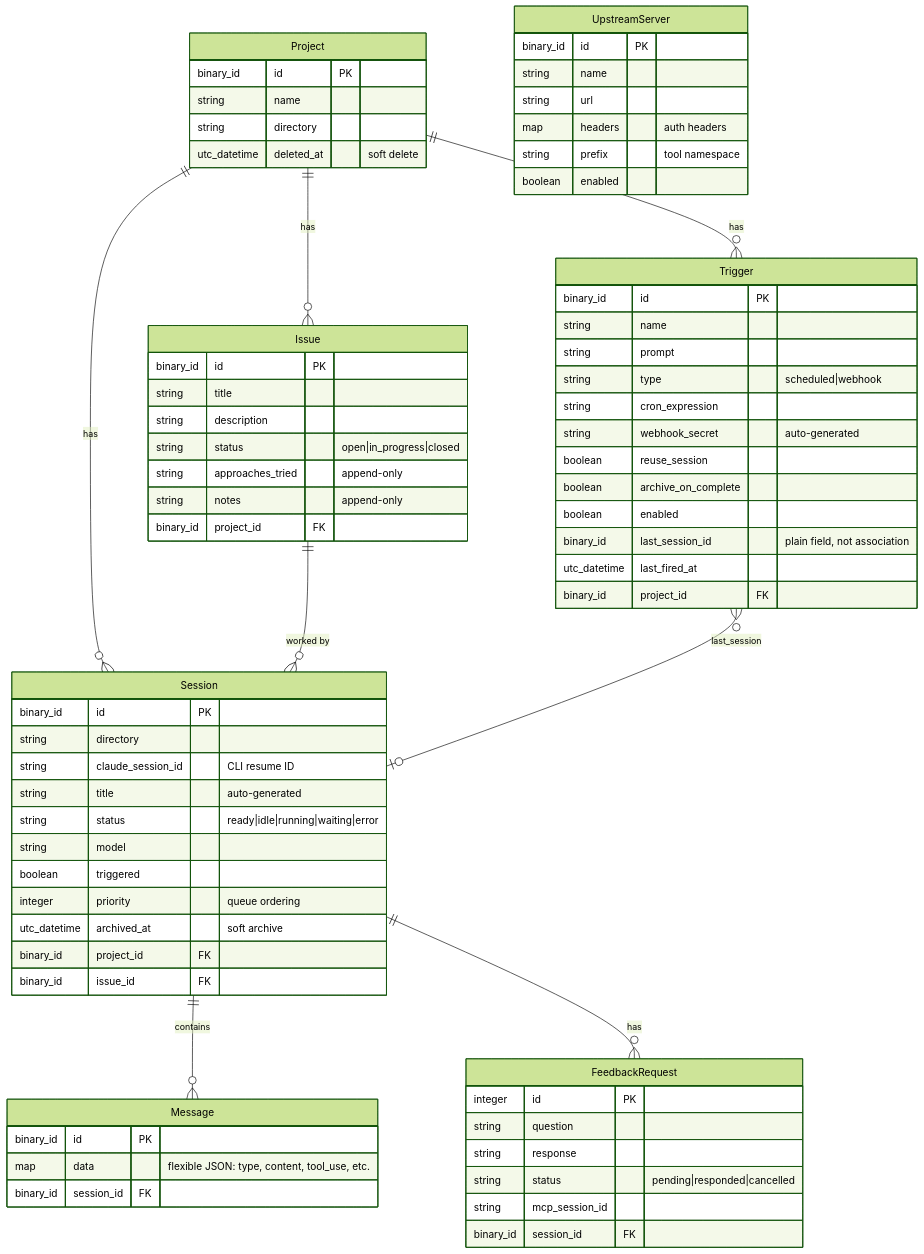
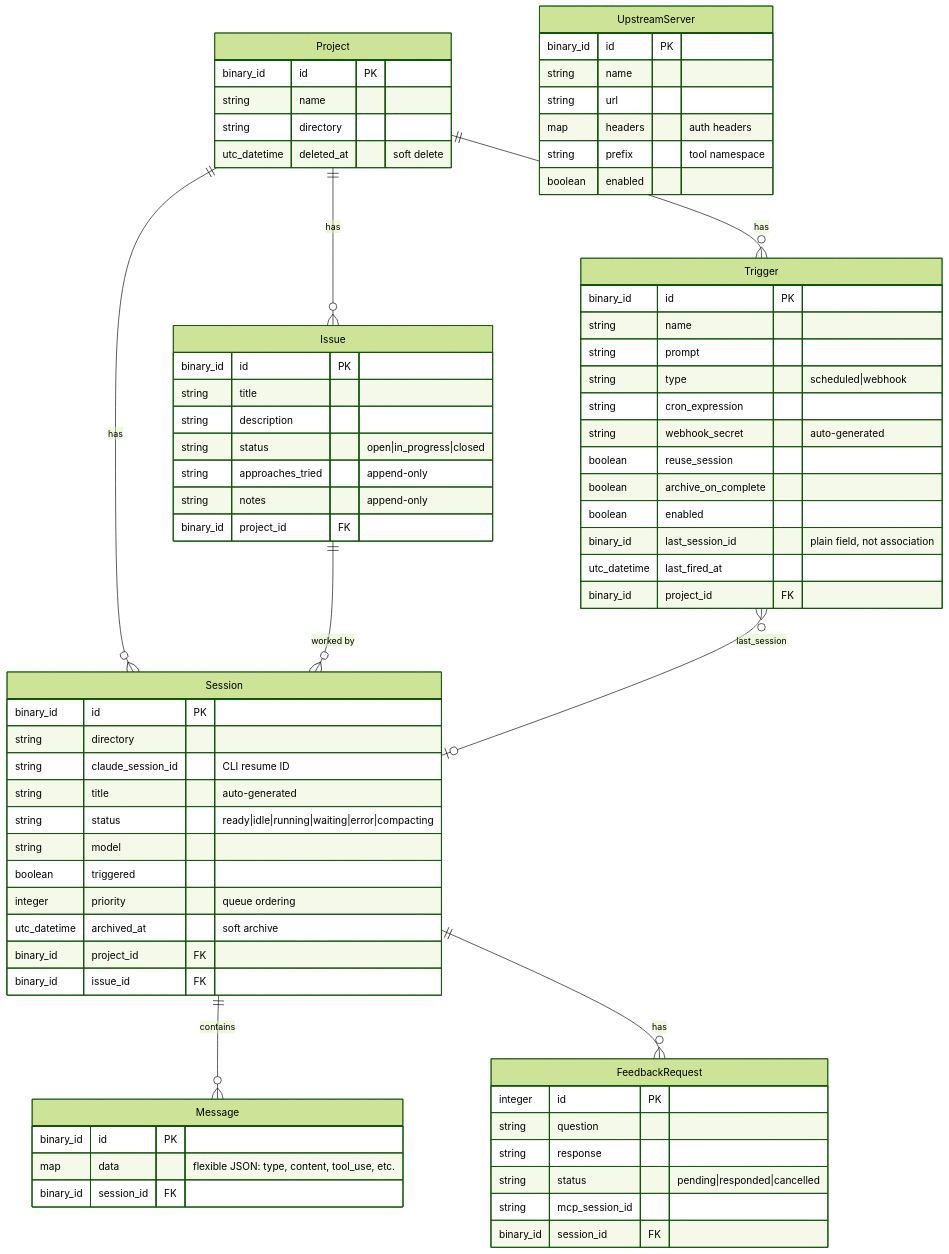
One commit to zingbretsen/orca_hub changed the diagram in .context/data-model.md. Above: the diagram before and after it, drawn with Mermaid (forest theme). The commit also changed 7 other files, not shown here.

First line of the commit message:
Nightly code quality: fix compacting status bug and update diagrams

````diff
--- a/.context/data-model.md
+++ b/.context/data-model.md
@@ -3,80 +3,80 @@
 ```mermaid
 erDiagram
     Project ||--o{ Session : has
     Project ||--o{ Issue : has
     Project ||--o{ Trigger : has
     Issue ||--o{ Session : "worked by"
     Session ||--o{ Message : contains
     Session ||--o{ FeedbackRequest : has
     Trigger }o--o| Session : "last_session"
 
     Project {
         binary_id id PK
         string name
         string directory
         utc_datetime deleted_at "soft delete"
     }
 
     Session {
         binary_id id PK
         string directory
         string claude_session_id "CLI resume ID"
         string title "auto-generated"
-        string status "ready|idle|running|waiting|error"
+        string status "ready|idle|running|waiting|error|compacting"
         string model
         boolean triggered
         integer priority "queue ordering"
         utc_datetime archived_at "soft archive"
         binary_id project_id FK
         binary_id issue_id FK
     }
 
     Message {
         binary_id id PK
         map data "flexible JSON: type, content, tool_use, etc."
         binary_id session_id FK
     }
 
     Issue {
         binary_id id PK
         string title
         string description
         string status "open|in_progress|closed"
         string approaches_tried "append-only"
         string notes "append-only"
         binary_id project_id FK
     }
 
     FeedbackRequest {
         integer id PK
         string question
         string response
         string status "pending|responded|cancelled"
         string mcp_session_id
         binary_id session_id FK
     }
 
     Trigger {
         binary_id id PK
         string name
         string prompt
         string type "scheduled|webhook"
         string cron_expression
         string webhook_secret "auto-generated"
         boolean reuse_session
         boolean archive_on_complete
         boolean enabled
         binary_id last_session_id "plain field, not association"
         utc_datetime last_fired_at
         binary_id project_id FK
     }
 
     UpstreamServer {
         binary_id id PK
         string name
         string url
         map headers "auth headers"
         string prefix "tool namespace"
         boolean enabled
     }
 ```
````
